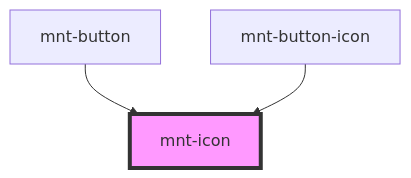
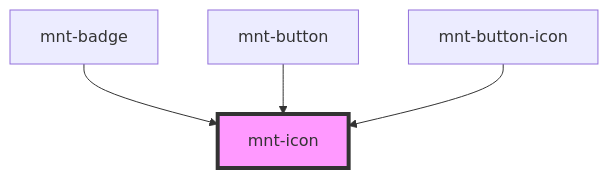
One commit to yooga-tecnologia/mantra changed the diagram in src/components/icon/readme.md. Above: the diagram before and after it, drawn with Mermaid. The commit also changed other lines of this file and 32 other files, not shown here.

````diff
--- a/src/components/icon/readme.md
+++ b/src/components/icon/readme.md
@@ -27,6 +28,7 @@
 ```mermaid
 graph TD;
+  mnt-badge --> mnt-icon
   mnt-button --> mnt-icon
   mnt-button-icon --> mnt-icon
   style mnt-icon fill:#f9f,stroke:#333,stroke-width:4px
 ```
````
